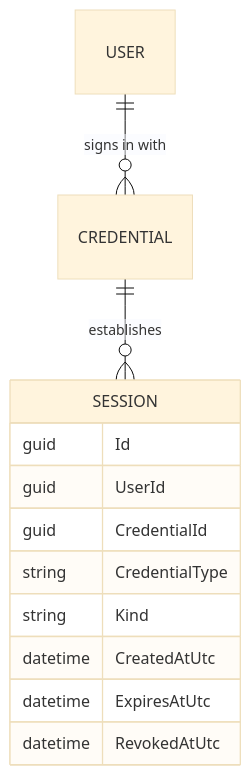
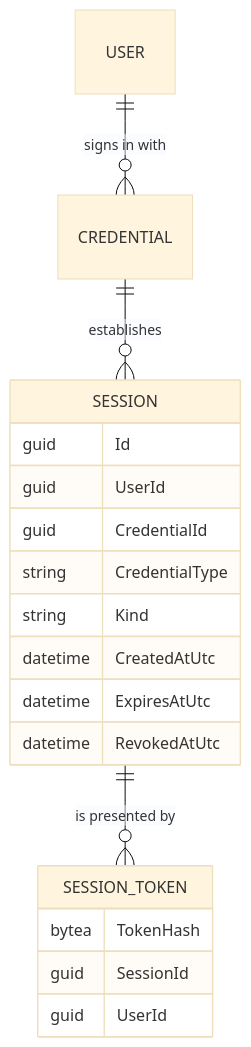
One commit to anton-kochev/budgetoid changed the first of 2 diagrams in docs/business-logic/sessions.md. Above: the diagram before and after it, drawn with Mermaid (base theme). The commit also changed other lines of this file and 34 other files, not shown here.

````diff
--- a/docs/business-logic/sessions.md
+++ b/docs/business-logic/sessions.md
@@ -47,15 +77,21 @@
 ```mermaid
 erDiagram
     USER ||--o{ CREDENTIAL : "signs in with"
     CREDENTIAL ||--o{ SESSION : establishes
+    SESSION ||--o{ SESSION_TOKEN : "is presented by"
     SESSION {
         guid Id
         guid UserId
         guid CredentialId
         string CredentialType
         string Kind
         datetime CreatedAtUtc
         datetime ExpiresAtUtc
         datetime RevokedAtUtc
     }
+    SESSION_TOKEN {
+        bytea TokenHash
+        guid SessionId
+        guid UserId
+    }
 ```
````
